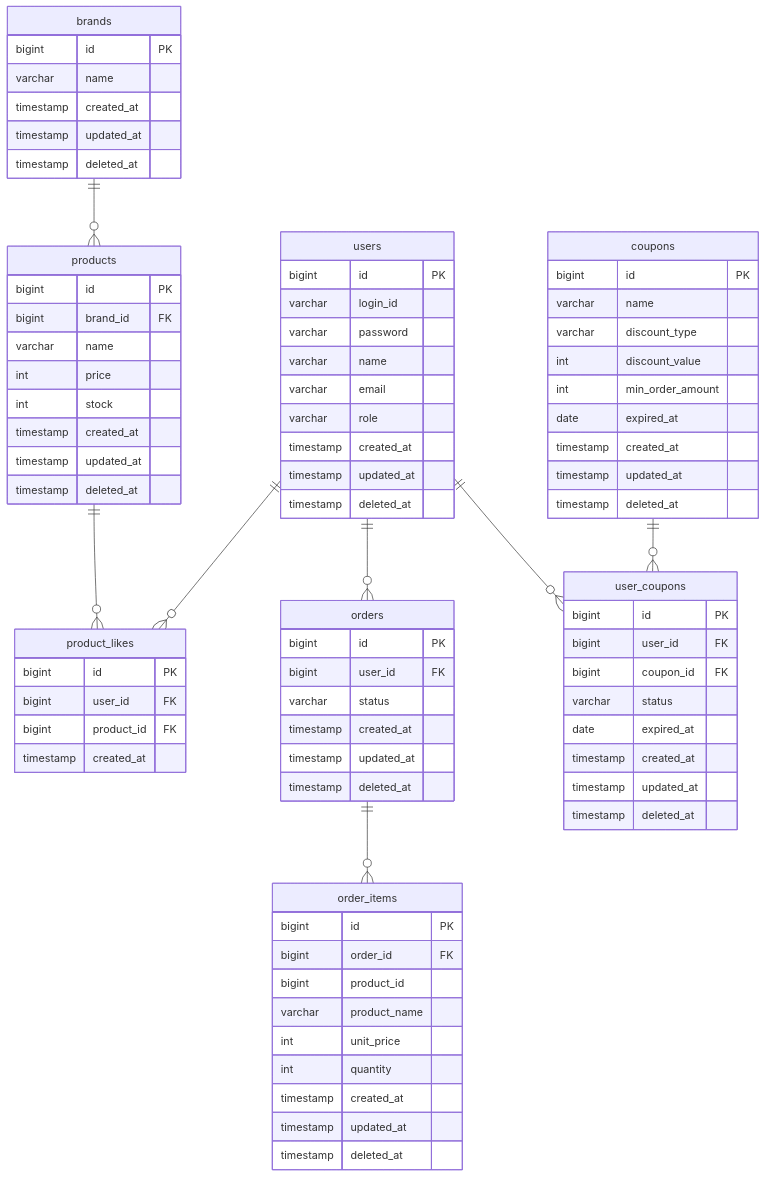
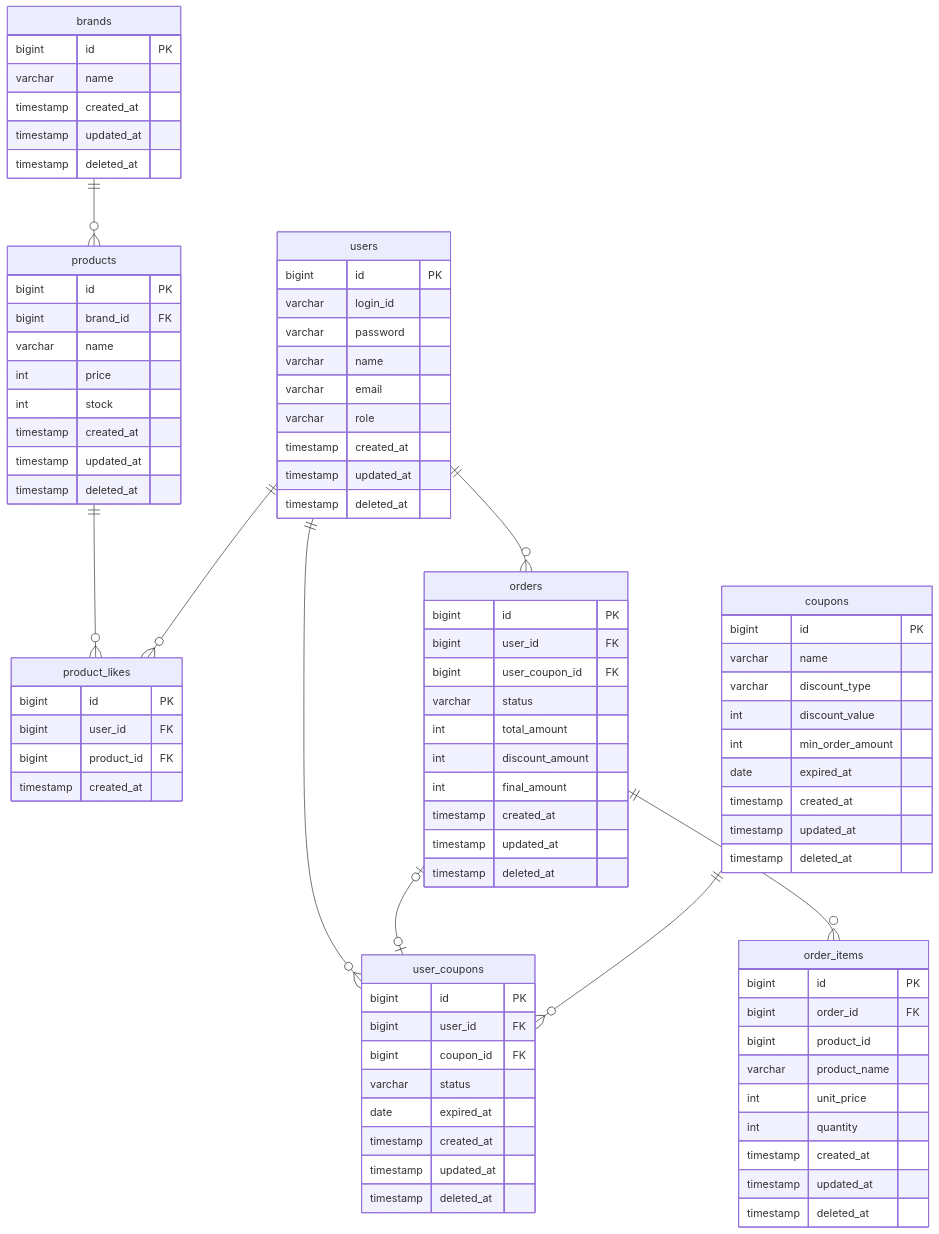
The diagram in docs/design/04-erd.md (kimjunyoung90/loop-pack-be-l2-vol3-java), drawn with Mermaid before and after one commit. The commit also changed 3 other files, not shown here.

```diff
--- a/docs/design/04-erd.md
+++ b/docs/design/04-erd.md
@@ -45,7 +45,11 @@
     orders {
         bigint id PK
         bigint user_id FK
+        bigint user_coupon_id FK
         varchar status
+        int total_amount
+        int discount_amount
+        int final_amount
         timestamp created_at
         timestamp updated_at
         timestamp deleted_at
@@ -88,6 +92,7 @@
 
     users ||--o{ orders : ""
     users ||--o{ user_coupons : ""
+    orders |o--o| user_coupons : ""
     products ||--o{ product_likes : ""
     users ||--o{ product_likes : ""
     brands ||--o{ products : ""
```
